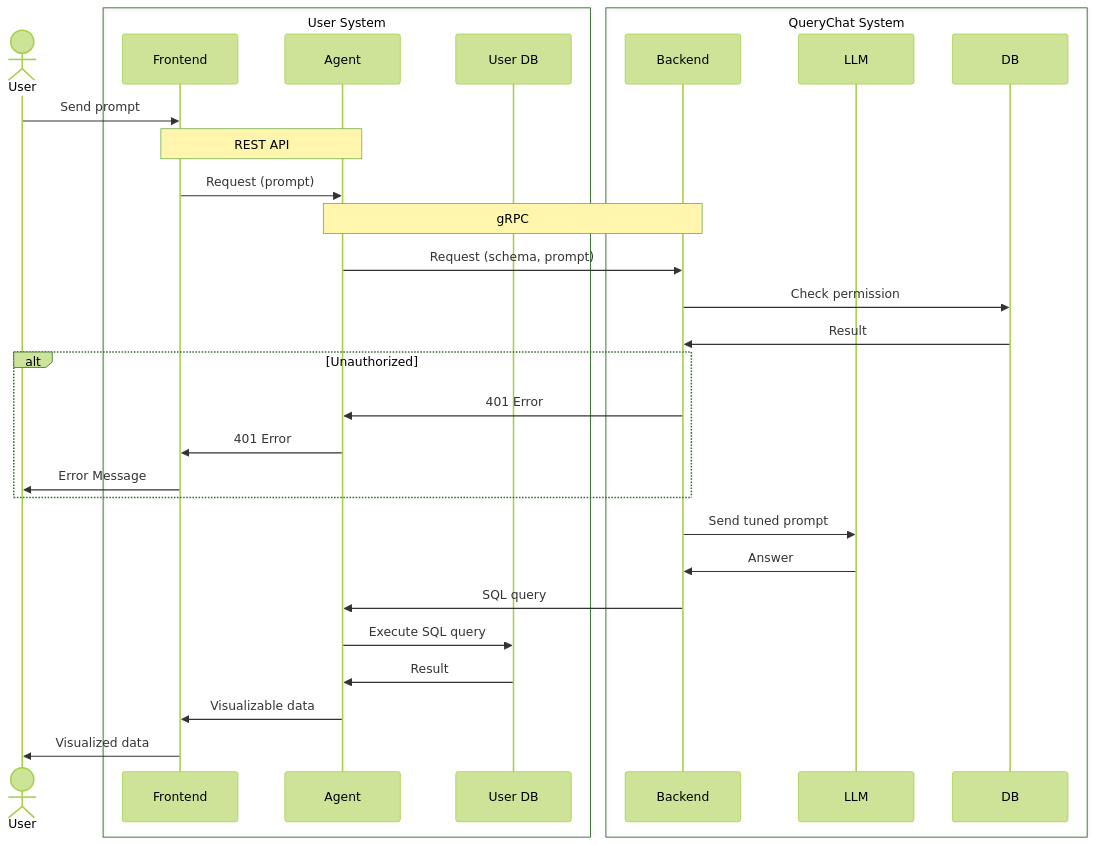
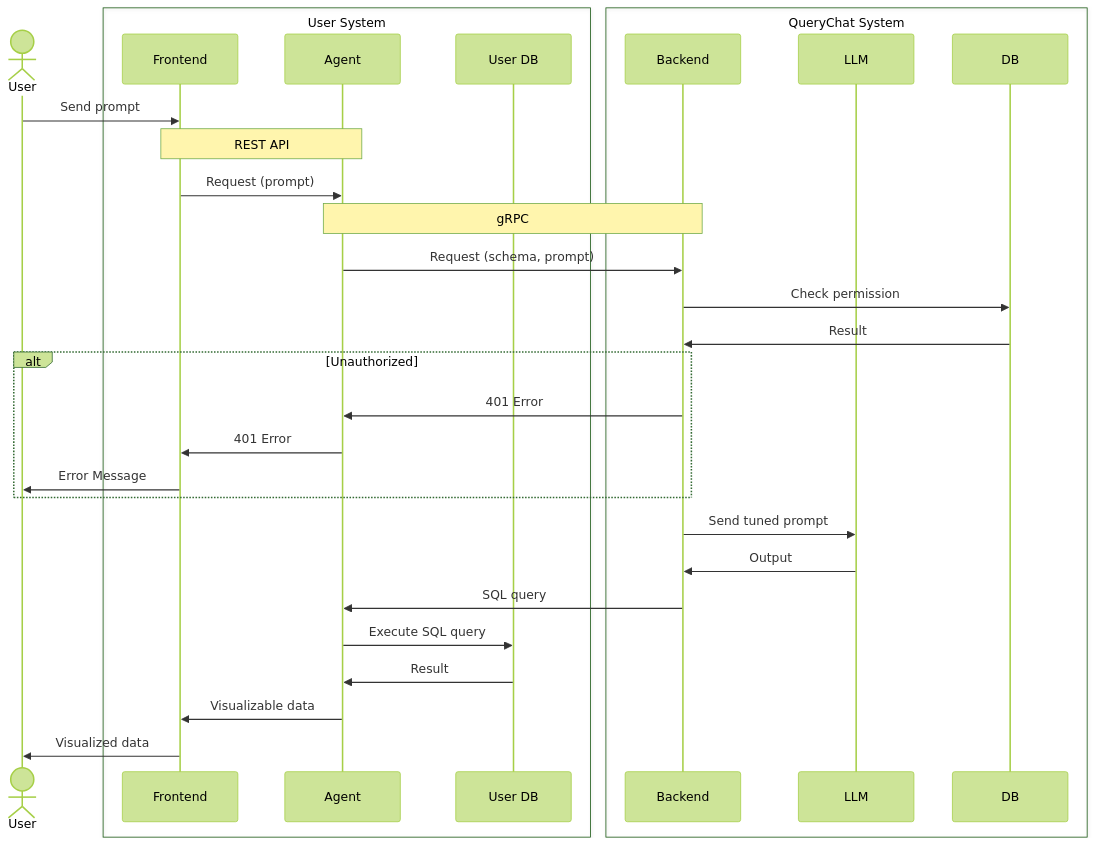
Before and after one commit to rihib/querytalk: the diagram in README.md, drawn with Mermaid (forest theme). The commit also changed 1 other file, not shown here.

Commit message:
refactor: refactor test code

````diff
--- a/README.md
+++ b/README.md
@@ -5,34 +5,34 @@
 ```mermaid
 sequenceDiagram
   actor User
   box User System
     participant Frontend
     participant Agent
     participant User DB
   end
   box QueryChat System
     participant Backend
     participant LLM
     participant DB
   end
 
   User ->> Frontend: Send prompt
   Note over Frontend, Agent: REST API
   Frontend ->> Agent: Request (prompt)
   Note over Agent, Backend: gRPC
   Agent ->> Backend: Request (schema, prompt)
   Backend ->> DB: Check permission
   DB ->> Backend: Result
   alt Unauthorized
     Backend ->> Agent: 401 Error
     Agent ->> Frontend: 401 Error
     Frontend ->> User: Error Message
   end
   Backend ->> LLM: Send tuned prompt
-  LLM ->> Backend: Answer
+  LLM ->> Backend: Output
   Backend ->> Agent: SQL query
   Agent ->> User DB: Execute SQL query
   User DB ->> Agent: Result
   Agent ->> Frontend: Visualizable data
   Frontend ->> User: Visualized data
 ```
````
